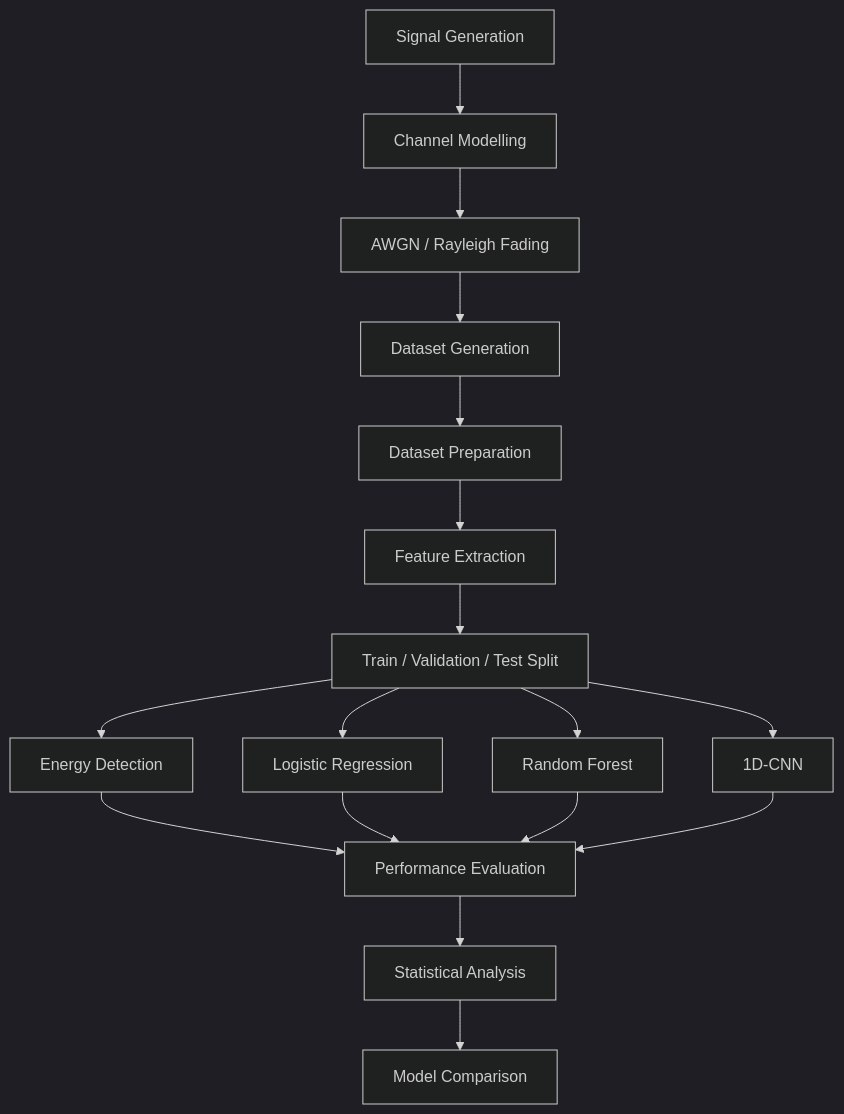
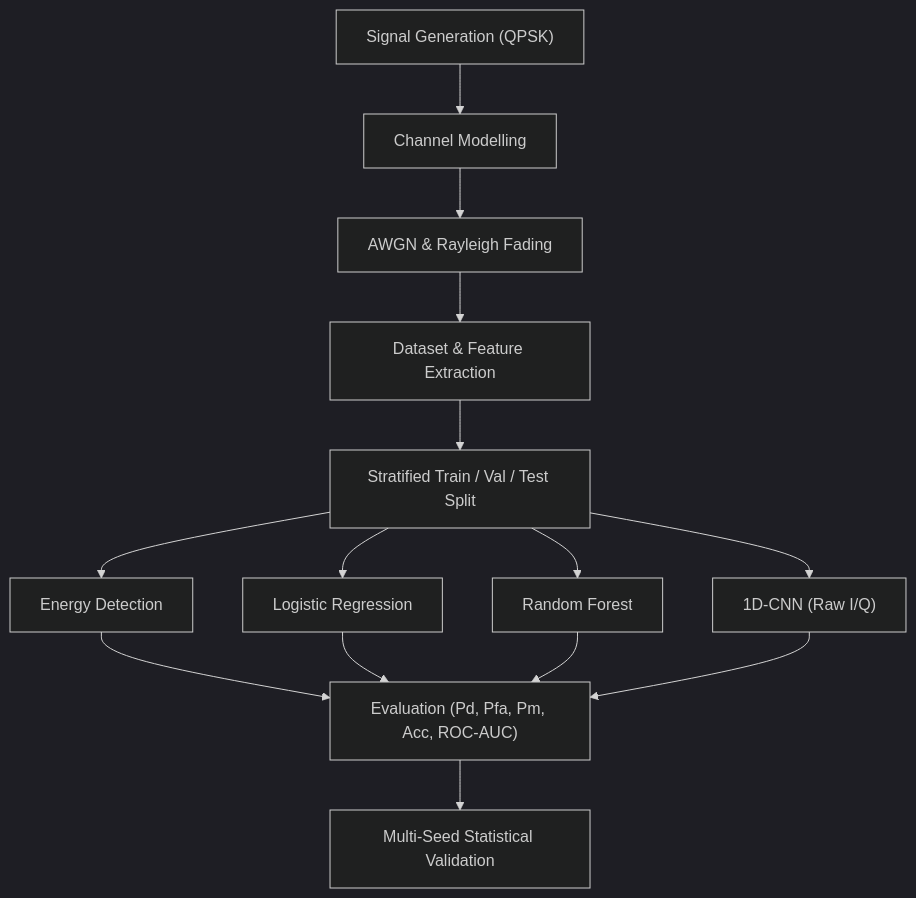
One commit to tejassinghsandhu/ml-based-spectrum-sensing-cognitive-radio changed the diagram in README.md. Above: the diagram before and after it, drawn with Mermaid (dark theme). The commit also changed other lines of this file, not shown here.

````diff
--- a/README.md
+++ b/README.md
@@ -43,19 +36,16 @@
 ```mermaid
 flowchart TD
-    A["Signal Generation"] --> B["Channel Modelling"]
-    B --> C["AWGN / Rayleigh Fading"]
-    C --> D["Dataset Generation"]
-    D --> E["Dataset Preparation"]
-    E --> F["Feature Extraction"]
-    F --> G["Train / Validation / Test Split"]
-    G --> H["Energy Detection"]
-    G --> I["Logistic Regression"]
-    G --> J["Random Forest"]
-    G --> K["1D-CNN"]
-    H --> L["Performance Evaluation"]
-    I --> L
-    J --> L
-    K --> L
-    L --> M["Statistical Analysis"]
-    M --> N["Model Comparison"]
+    A["Signal Generation (QPSK)"] --> B["Channel Modelling"]
+    B --> C["AWGN & Rayleigh Fading"]
+    C --> D["Dataset & Feature Extraction"]
+    D --> E["Stratified Train / Val / Test Split"]
+    E --> F["Energy Detection"]
+    E --> G["Logistic Regression"]
+    E --> H["Random Forest"]
+    E --> I["1D-CNN (Raw I/Q)"]
+    F --> J["Evaluation (Pd, Pfa, Pm, Acc, ROC-AUC)"]
+    G --> J
+    H --> J
+    I --> J
+    J --> K["Multi-Seed Statistical Validation"]
 ```
````
